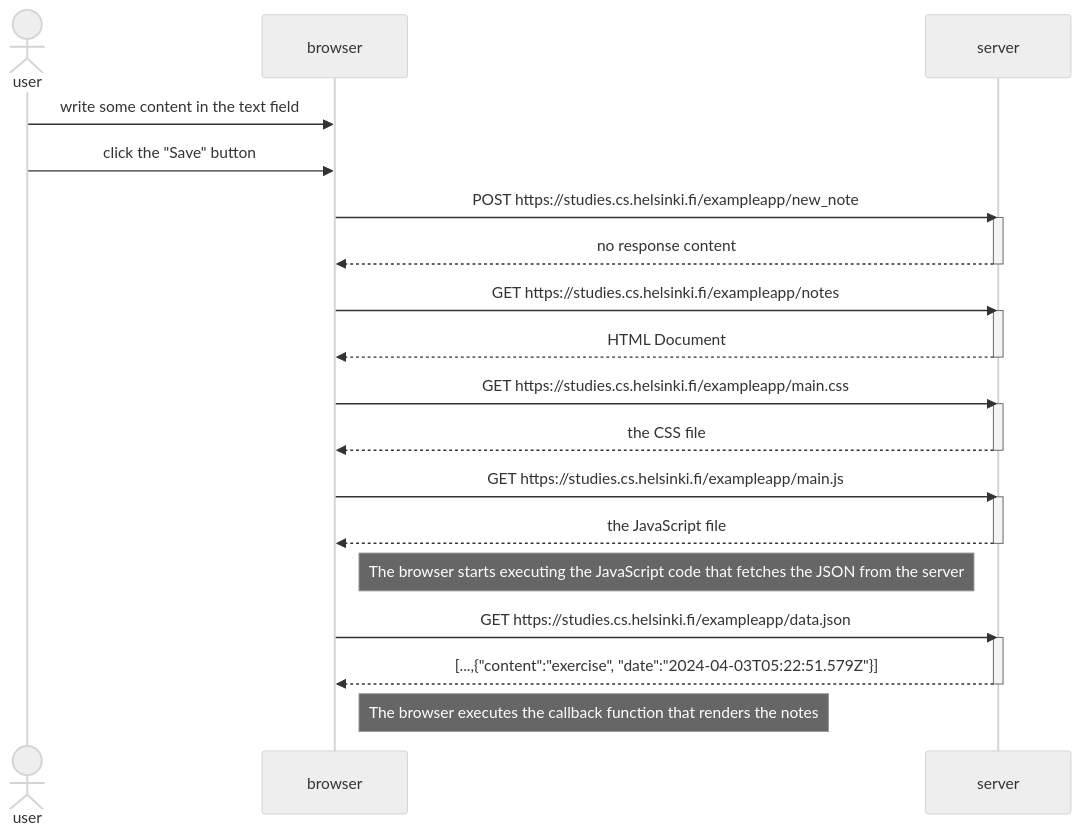
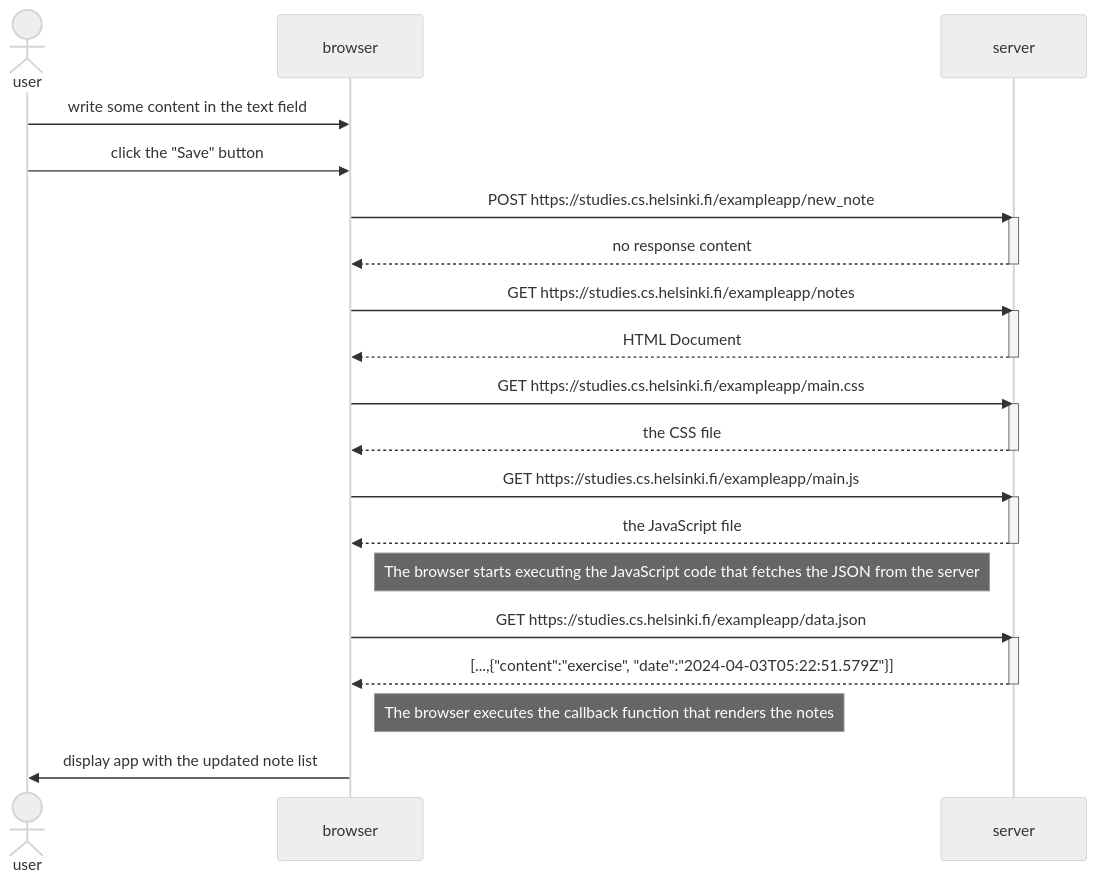
The diagram in Part_0/NewNoteDiagram.md (congthanh1999/FullStackOpen), drawn with Mermaid (neutral theme) before and after one commit.

````diff
--- a/Part_0/NewNoteDiagram.md
+++ b/Part_0/NewNoteDiagram.md
@@ -1,38 +1,40 @@
 ```mermaid
 sequenceDiagram
     actor user
     participant browser
     participant server
 
     user->>browser: write some content in the text field
     user->>browser: click the "Save" button
 
     browser->>server: POST https://studies.cs.helsinki.fi/exampleapp/new_note
     activate server
     server-->>browser: no response content
     deactivate server
 
     browser->>server: GET https://studies.cs.helsinki.fi/exampleapp/notes
     activate server
     server-->>browser: HTML Document
     deactivate server
 
     browser->>server: GET https://studies.cs.helsinki.fi/exampleapp/main.css
     activate server
     server-->>browser: the CSS file
     deactivate server
 
     browser->>server: GET https://studies.cs.helsinki.fi/exampleapp/main.js
     activate server
     server-->>browser: the JavaScript file
     deactivate server
 
     Note right of browser: The browser starts executing the JavaScript code that fetches the JSON from the server
 
     browser->>server: GET https://studies.cs.helsinki.fi/exampleapp/data.json
     activate server
     server-->>browser: [...,{"content":"exercise", "date":"2024-04-03T05:22:51.579Z"}]
     deactivate server
 
     Note right of browser: The browser executes the callback function that renders the notes
+
+    browser->>user: display app with the updated note list
 ```
````
